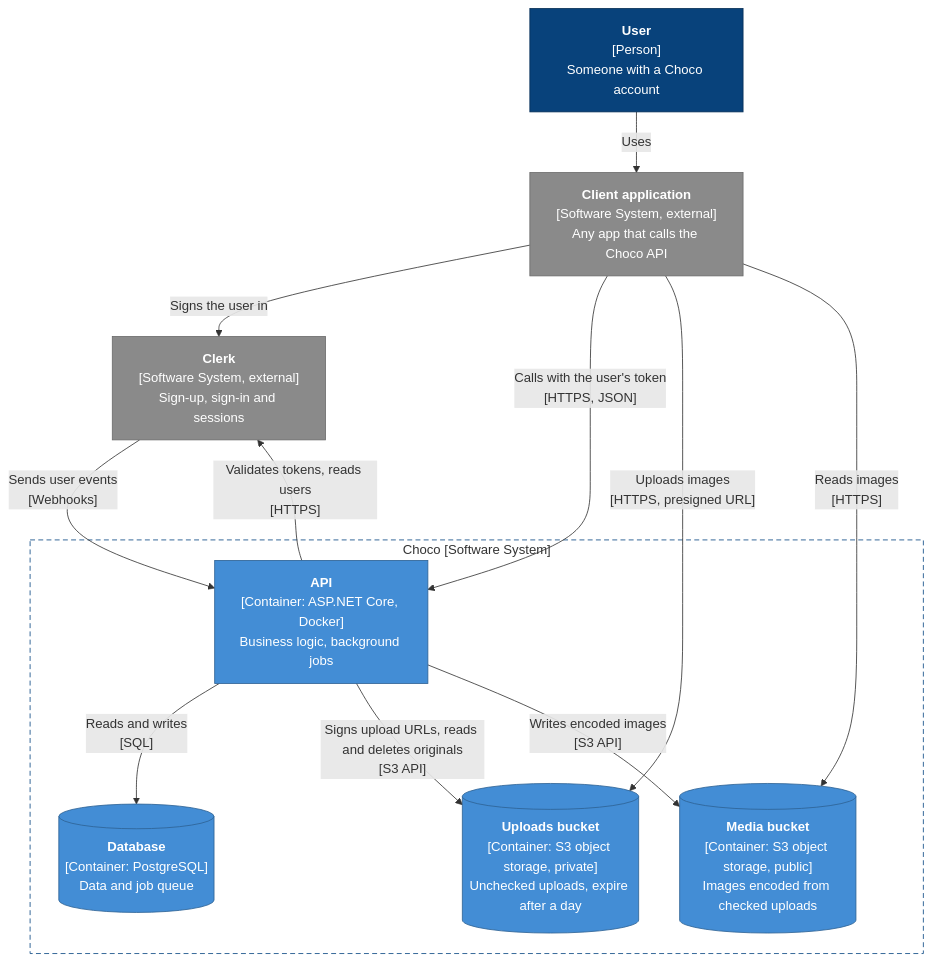
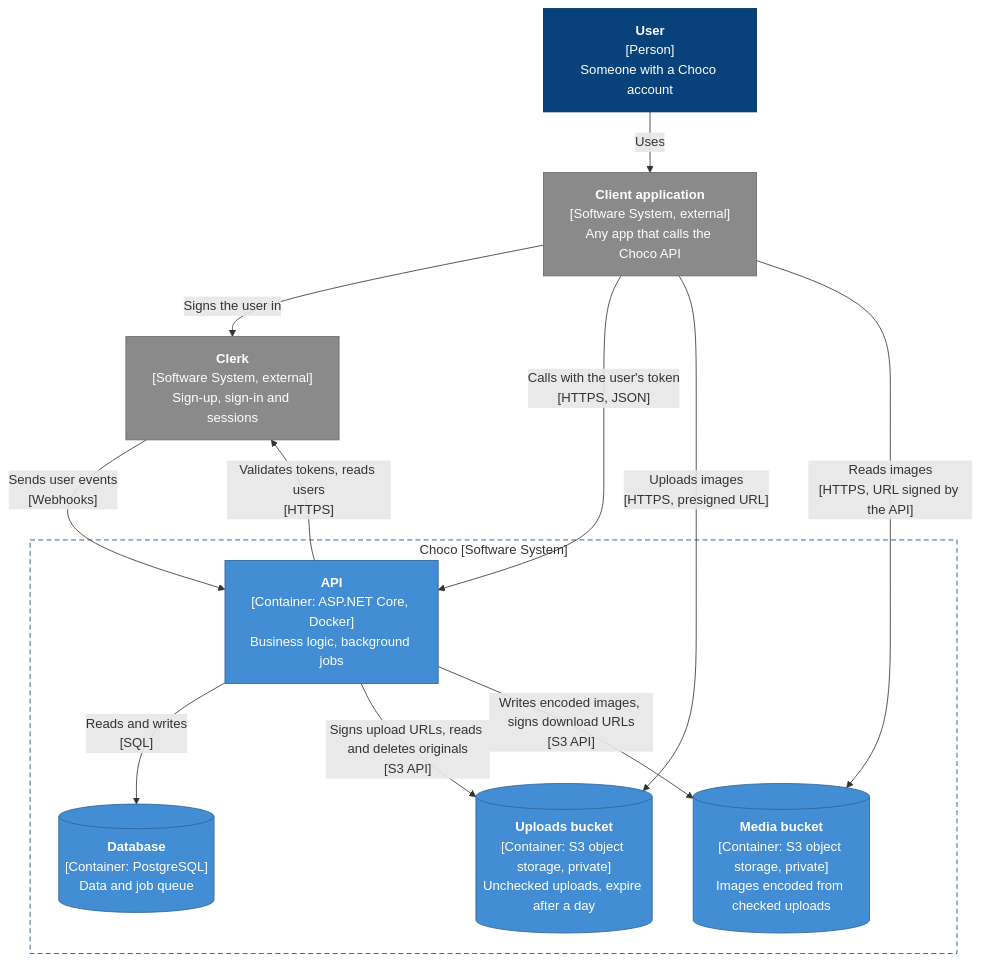
Before and after one commit to trduc2712/choco-infrastructure: the diagram in docs/architecture/containers.md, drawn with Mermaid. The commit also changed other lines of this file, not shown here.

Commit message:
docs: show the media bucket as private in the container diagram

````diff
--- a/docs/architecture/containers.md
+++ b/docs/architecture/containers.md
@@ -5,32 +5,32 @@
 ```mermaid
 flowchart TB
     user["<b>User</b><br/>[Person]<br/>Someone with a Choco account"]
     client["<b>Client application</b><br/>[Software System, external]<br/>Any app that calls the Choco API"]
     clerk["<b>Clerk</b><br/>[Software System, external]<br/>Sign-up, sign-in and sessions"]
 
     subgraph choco["Choco [Software System]"]
         api["<b>API</b><br/>[Container: ASP.NET Core, Docker]<br/>Business logic, background jobs"]
         db[("<b>Database</b><br/>[Container: PostgreSQL]<br/>Data and job queue")]
         uploads[("<b>Uploads bucket</b><br/>[Container: S3 object storage, private]<br/>Unchecked uploads, expire after a day")]
-        media[("<b>Media bucket</b><br/>[Container: S3 object storage, public]<br/>Images encoded from checked uploads")]
+        media[("<b>Media bucket</b><br/>[Container: S3 object storage, private]<br/>Images encoded from checked uploads")]
     end
 
     user -- "Uses" --> client
     client -- "Signs the user in" --> clerk
     client -- "Calls with the user's token<br/>[HTTPS, JSON]" --> api
     client -- "Uploads images<br/>[HTTPS, presigned URL]" --> uploads
-    client -- "Reads images<br/>[HTTPS]" --> media
+    client -- "Reads images<br/>[HTTPS, URL signed by the API]" --> media
     clerk -- "Sends user events<br/>[Webhooks]" --> api
     api -- "Validates tokens, reads users<br/>[HTTPS]" --> clerk
     api -- "Reads and writes<br/>[SQL]" --> db
     api -- "Signs upload URLs, reads and deletes originals<br/>[S3 API]" --> uploads
-    api -- "Writes encoded images<br/>[S3 API]" --> media
+    api -- "Writes encoded images, signs download URLs<br/>[S3 API]" --> media
 
     classDef person fill:#08427b,stroke:#052e56,color:#fff
     classDef container fill:#438dd5,stroke:#2e6295,color:#fff
     classDef external fill:#8a8a8a,stroke:#6b6b6b,color:#fff
     class user person
     class api,db,uploads,media container
     class client,clerk external
     style choco fill:none,stroke:#0b4884,stroke-dasharray:6 4
 ```
````
